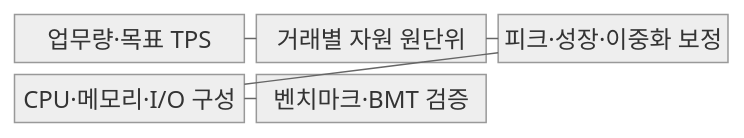
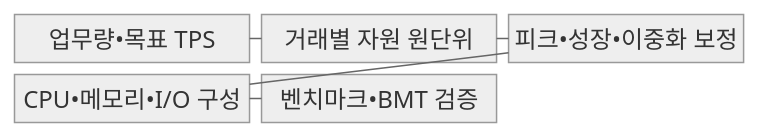
Before and after one commit to agnusdei1207/knowledge-base: the first of 2 diagrams in src/content/docs/notes/06-evaluation/009_hw_sizing_tps_based.md, drawn with Mermaid (neutral theme). The commit also changed other lines of this file and 953 other files, not shown here.

````diff
--- a/src/content/docs/notes/06-evaluation/009_hw_sizing_tps_based.md
+++ b/src/content/docs/notes/06-evaluation/009_hw_sizing_tps_based.md
@@ -68,13 +68,13 @@
 ```mermaid
 block-beta
   columns 3
-  W["업무량·목표 TPS"]
+  W["업무량•목표 TPS"]
   U["거래별 자원 원단위"]
-  F["피크·성장·이중화 보정"]
-  C["CPU·메모리·I/O 구성"]
-  V["벤치마크·BMT 검증"]
+  F["피크•성장•이중화 보정"]
+  C["CPU•메모리•I/O 구성"]
+  V["벤치마크•BMT 검증"]
   W --- U
   U --- F
   F --- C
   C --- V
 ```
````
